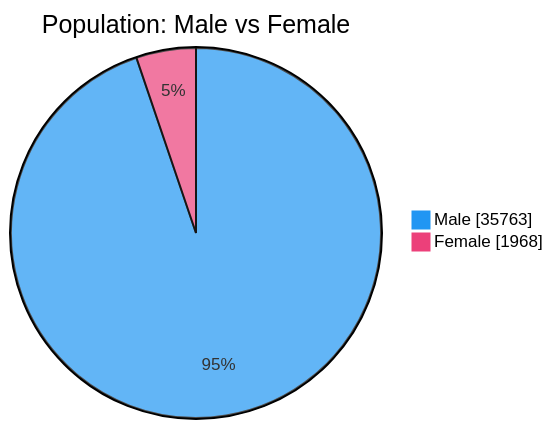
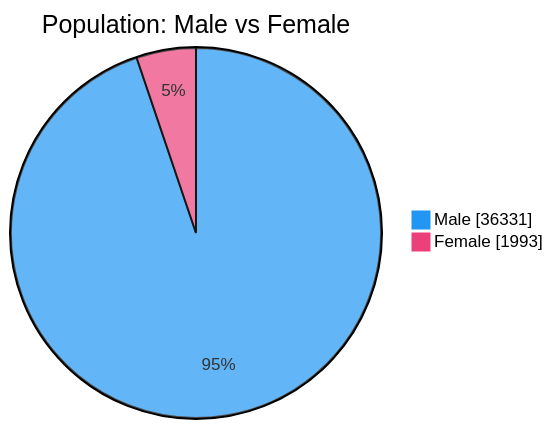
Before and after one commit to nuuuwan/lk_prisons: the second of 7 diagrams in README.md, drawn with Mermaid. The commit also changed other lines of this file and 1 other file, not shown here.

````diff
--- a/README.md
+++ b/README.md
@@ -54,6 +54,6 @@
 ```mermaid
 %%{init: {'themeVariables': {'pie1': '#2196F3', 'pie2': '#EC407A'}}}%%
 pie showData title Population: Male vs Female
-    "Male" : 35763
-    "Female" : 1968
+    "Male" : 36331
+    "Female" : 1993
 ```
````
